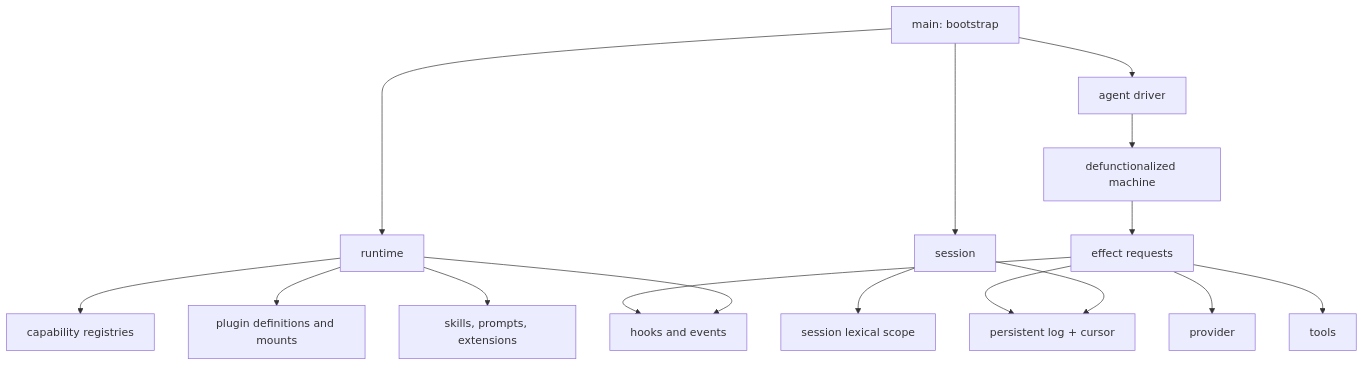
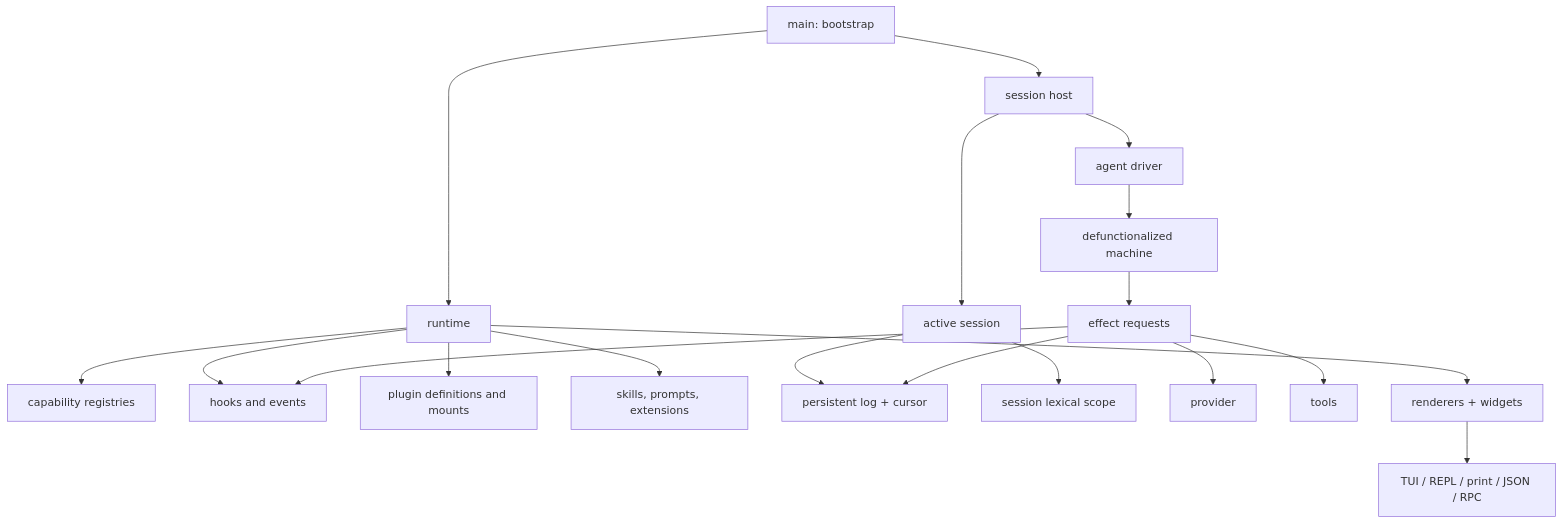
The diagram in docs/CN/CORE-MECHANISMS.md (hgzhehe/scheme_agent_harness), drawn with Mermaid before and after one commit. The commit also changed other lines of this file and 35 other files, not shown here.

````diff
--- a/docs/CN/CORE-MECHANISMS.md
+++ b/docs/CN/CORE-MECHANISMS.md
@@ -57,18 +57,21 @@
 ```mermaid
 flowchart TD
     Main["main: bootstrap"] --> Runtime["runtime"]
     Runtime --> Cap["capability registries"]
     Runtime --> Hooks["hooks and events"]
     Runtime --> Plugins["plugin definitions and mounts"]
     Runtime --> Resources["skills, prompts, extensions"]
-    Main --> Session["session"]
+    Main --> Host["session host"]
+    Host --> Session["active session"]
     Session --> Journal["persistent log + cursor"]
     Session --> Scope["session lexical scope"]
-    Main --> Driver["agent driver"]
+    Host --> Driver["agent driver"]
     Driver --> Machine["defunctionalized machine"]
     Machine --> Effects["effect requests"]
     Effects --> Provider["provider"]
     Effects --> Tools["tools"]
     Effects --> Journal
     Effects --> Hooks
+    Runtime --> Renderers["renderers + widgets"]
+    Renderers --> Frontends["TUI / REPL / print / JSON / RPC"]
 ```
````
